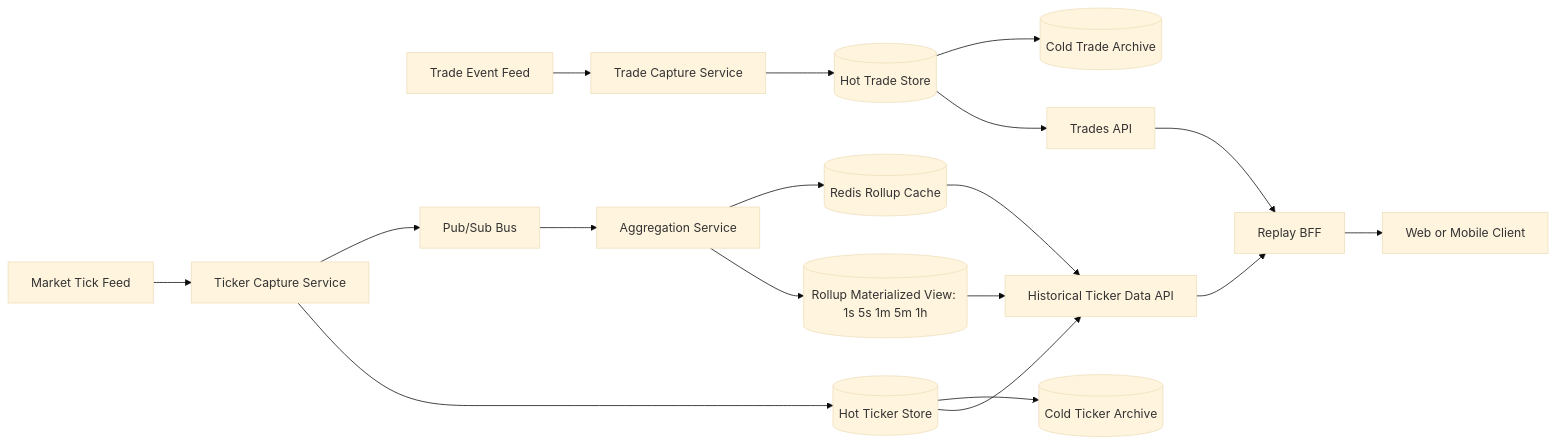
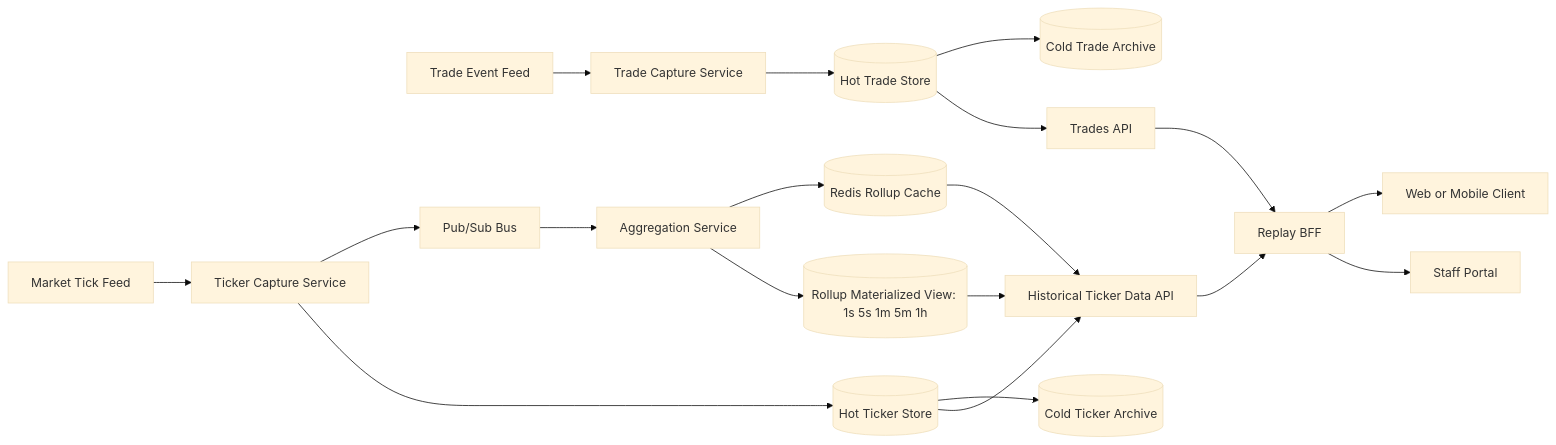
One commit to tonyraoul/station-alpha changed the first of 2 diagrams in question-2/design-doc.md. Above: the diagram before and after it, drawn with Mermaid (base theme). The commit also changed other lines of this file and 1 other file, not shown here.

````diff
--- a/question-2/design-doc.md
+++ b/question-2/design-doc.md
@@ -158,26 +174,27 @@
 ```mermaid
 flowchart LR
     M[Market Tick Feed] --> TC[Ticker Capture Service]
     E[Trade Event Feed] --> TRC[Trade Capture Service]
 
     TC --> PS[Pub/Sub Bus]
     PS --> AGG[Aggregation Service]
 
     TC --> TS[(Hot Ticker Store)]
     TRC --> TRS[(Hot Trade Store)]
    AGG --> ROLL[(Redis Rollup Cache)]
    AGG --> RV[(Rollup Materialized View: 1s 5s 1m 5m 1h)]
 
     TS --> TA[(Cold Ticker Archive)]
     TRS --> TRA[(Cold Trade Archive)]
 
     TS --> HT[Historical Ticker Data API]
    ROLL --> HT
    RV --> HT
     TRS --> TAPI[Trades API]
 
     HT --> BFF[Replay BFF]
     TAPI --> BFF
 
     BFF --> C[Web or Mobile Client]
+   BFF --> S[Staff Portal]
 ```
````
